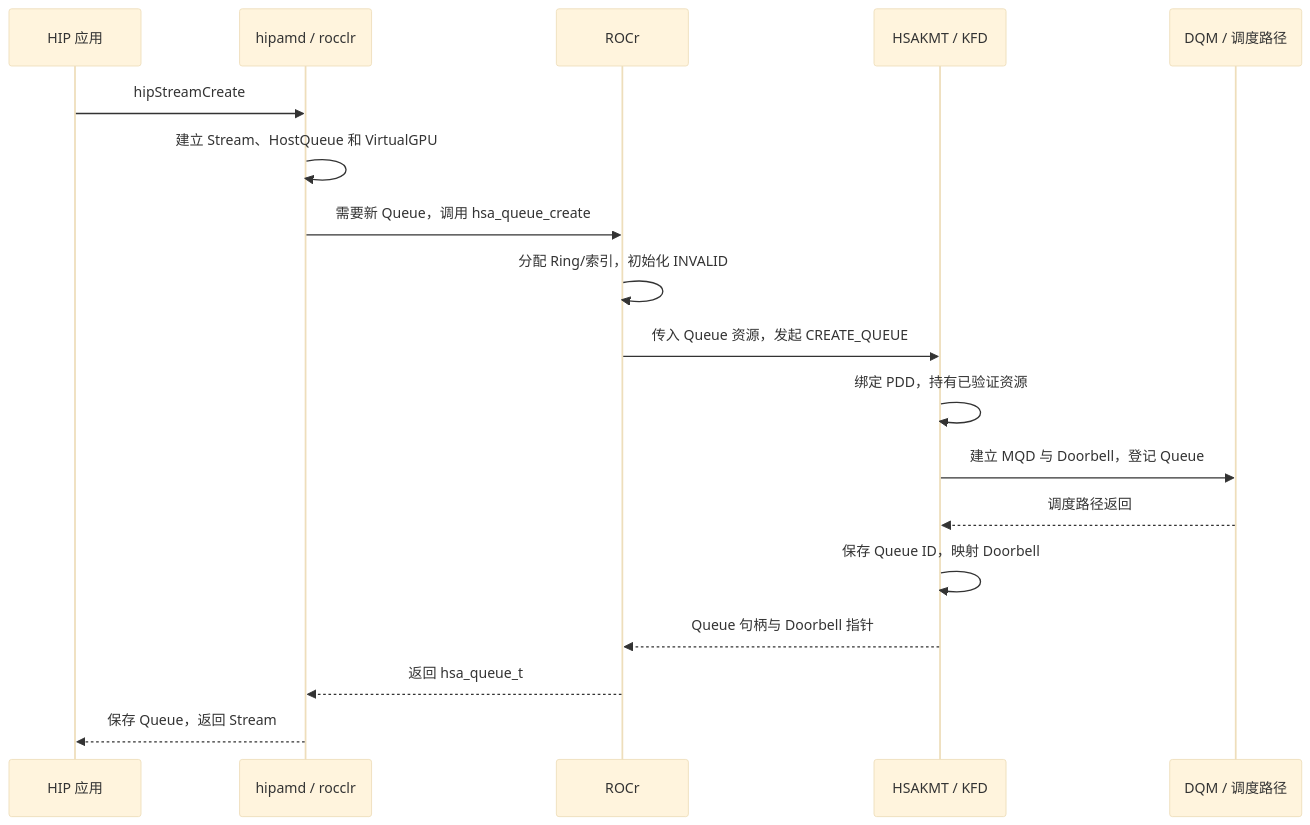
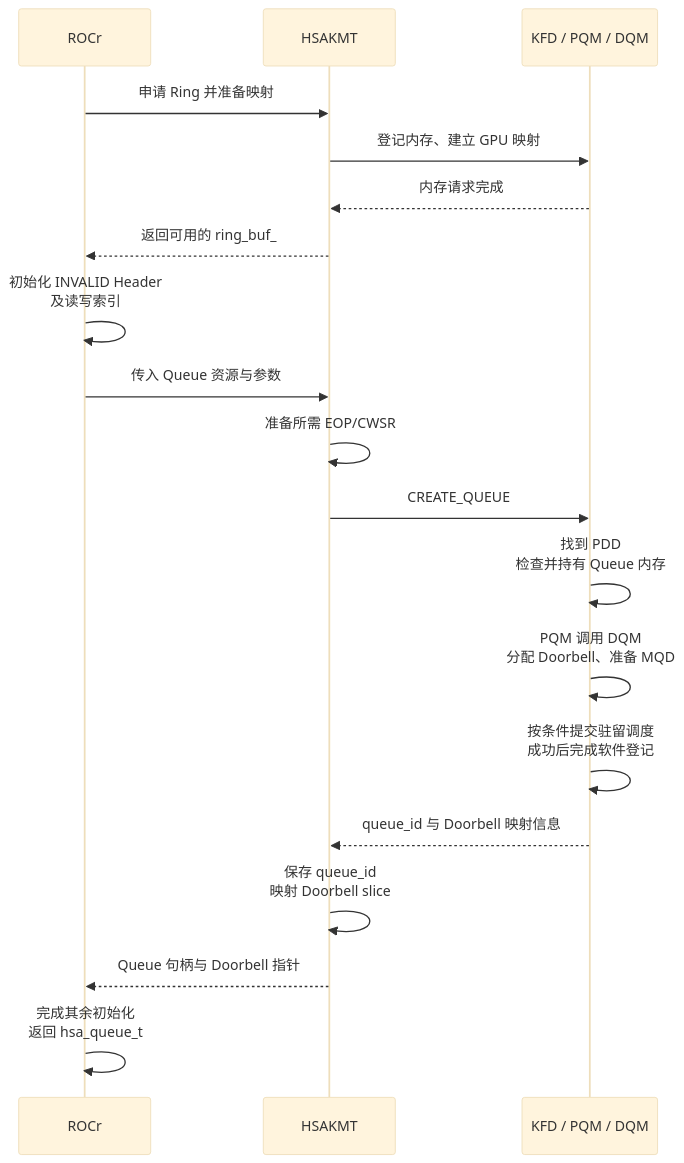
Before and after one commit to hxfei-git/gpu-study: diagram 12 of 14 in 03_AMD GPU 队列与 AQL Dispatch.md, drawn with Mermaid (base theme). The commit also changed other lines of this file and 5 other files, not shown here.

````diff
--- a/03_AMD GPU 队列与 AQL Dispatch.md
+++ b/03_AMD GPU 队列与 AQL Dispatch.md
@@ -3619,20 +4884,21 @@
 ```mermaid
 sequenceDiagram
-    participant A as HIP 应用
-    participant C as hipamd / rocclr
     participant R as ROCr
-    participant K as HSAKMT / KFD
-    participant D as DQM / 调度路径
-    A->>C: hipStreamCreate
-    C->>C: 建立 Stream、HostQueue 和 VirtualGPU
-    C->>R: 需要新 Queue，调用 hsa_queue_create
-    R->>R: 分配 Ring/索引，初始化 INVALID
-    R->>K: 传入 Queue 资源，发起 CREATE_QUEUE
-    K->>K: 绑定 PDD，持有已验证资源
-    K->>D: 建立 MQD 与 Doorbell，登记 Queue
-    D-->>K: 调度路径返回
-    K->>K: 保存 Queue ID，映射 Doorbell
-    K-->>R: Queue 句柄与 Doorbell 指针
-    R-->>C: 返回 hsa_queue_t
-    C-->>A: 保存 Queue，返回 Stream
+    participant M as HSAKMT
+    participant K as KFD / PQM / DQM
+    R->>M: 申请 Ring 并准备映射
+    M->>K: 登记内存、建立 GPU 映射
+    K-->>M: 内存请求完成
+    M-->>R: 返回可用的 ring_buf_
+    R->>R: 初始化 INVALID Header<br/>及读写索引
+    R->>M: 传入 Queue 资源与参数
+    M->>M: 准备所需 EOP/CWSR
+    M->>K: CREATE_QUEUE
+    K->>K: 找到 PDD<br/>检查并持有 Queue 内存
+    K->>K: PQM 调用 DQM<br/>分配 Doorbell、准备 MQD
+    K->>K: 按条件提交驻留调度<br/>成功后完成软件登记
+    K-->>M: queue_id 与 Doorbell 映射信息
+    M->>M: 保存 queue_id<br/>映射 Doorbell slice
+    M-->>R: Queue 句柄与 Doorbell 指针
+    R->>R: 完成其余初始化<br/>返回 hsa_queue_t
 ```
````
